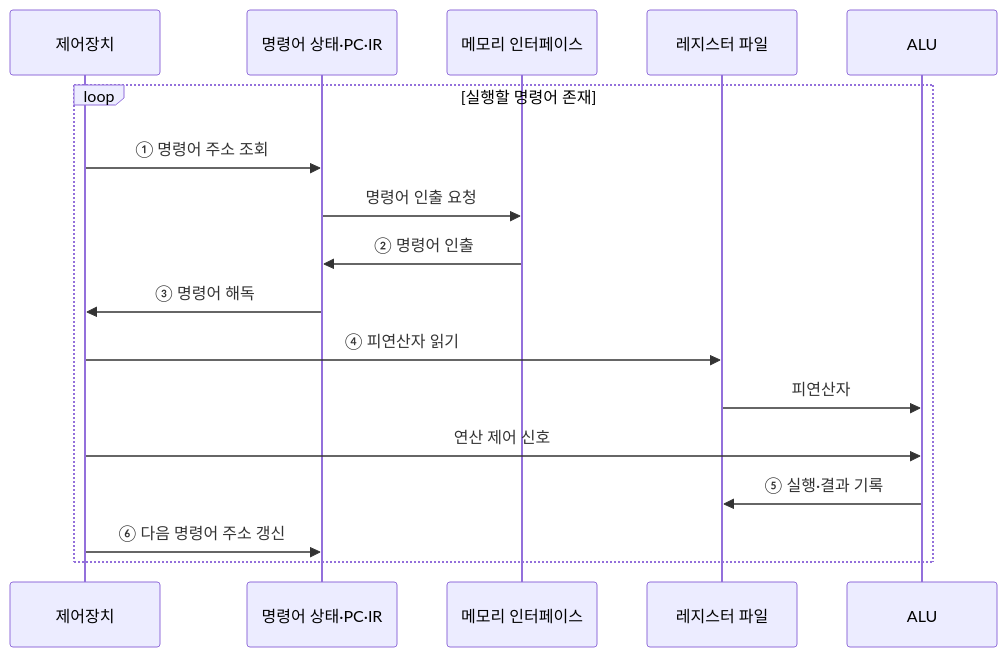
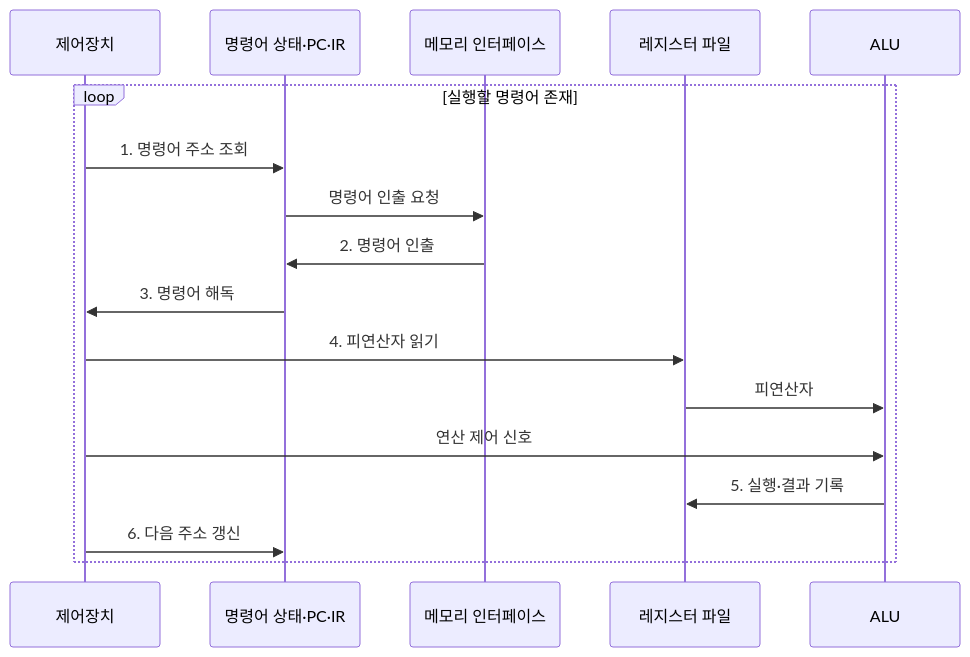
One commit to agnusdei1207/knowledge-base changed the second of 2 diagrams in src/content/docs/notes/02-hardware/002_cpu_components.md. Above: the diagram before and after it, drawn with Mermaid. The commit also changed other lines of this file and 20 other files, not shown here.

````diff
--- a/src/content/docs/notes/02-hardware/002_cpu_components.md
+++ b/src/content/docs/notes/02-hardware/002_cpu_components.md
@@ -78,19 +84,19 @@
 ```mermaid
 sequenceDiagram
     participant C as 제어장치
     participant S as 명령어 상태·PC·IR
     participant M as 메모리 인터페이스
     participant R as 레지스터 파일
     participant A as ALU
     loop 실행할 명령어 존재
-        C->>S: ① 명령어 주소 조회
+        C->>S: 1. 명령어 주소 조회
         S->>M: 명령어 인출 요청
-        M->>S: ② 명령어 인출
-        S->>C: ③ 명령어 해독
-        C->>R: ④ 피연산자 읽기
+        M->>S: 2. 명령어 인출
+        S->>C: 3. 명령어 해독
+        C->>R: 4. 피연산자 읽기
         R->>A: 피연산자
         C->>A: 연산 제어 신호
-        A->>R: ⑤ 실행·결과 기록
-        C->>S: ⑥ 다음 명령어 주소 갱신
+        A->>R: 5. 실행·결과 기록
+        C->>S: 6. 다음 주소 갱신
     end
 ```
````
